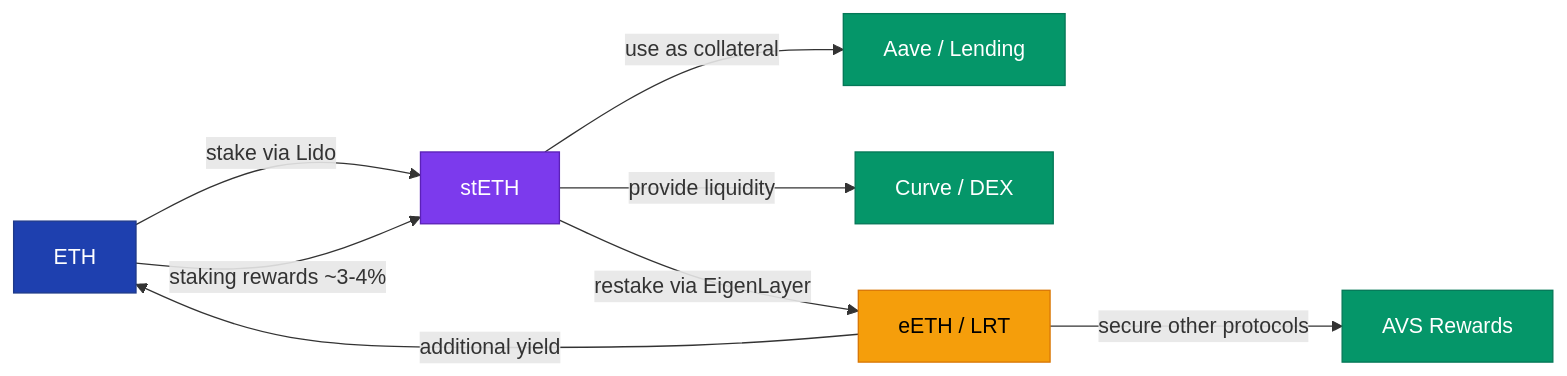
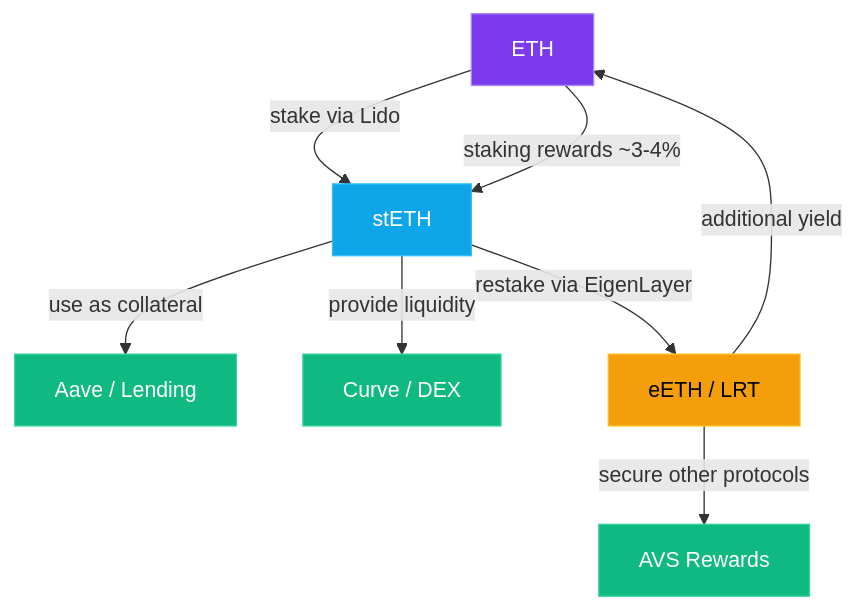
The diagram in content/blog/crypto-unlocked-10-advanced-defi.mdx (jestersimpps/cv), drawn with Mermaid before and after one commit. The commit also changed 12 other files, not shown here.

Commit message:
fix(blog): convert all mermaid diagrams to vertical (TD) for mobile readability, dark theme component

````diff
--- a/content/blog/crypto-unlocked-10-advanced-defi.mdx
+++ b/content/blog/crypto-unlocked-10-advanced-defi.mdx
@@ -81,17 +81,17 @@
 ```mermaid
-graph LR
+graph TD
     A[ETH] -->|stake via Lido| B[stETH]
     B -->|use as collateral| C[Aave / Lending]
     B -->|provide liquidity| D[Curve / DEX]
     B -->|restake via EigenLayer| E[eETH / LRT]
     E -->|secure other protocols| F[AVS Rewards]
     A -->|staking rewards ~3-4%| B
     E -->|additional yield| A
 
-    style A fill:#1e40af,stroke:#1e3a8a,color:#fff
-    style B fill:#7c3aed,stroke:#5b21b6,color:#fff
-    style C fill:#059669,stroke:#047857,color:#fff
-    style D fill:#059669,stroke:#047857,color:#fff
-    style E fill:#f59e0b,stroke:#d97706,color:#000
-    style F fill:#059669,stroke:#047857,color:#fff
+    style A fill:#7c3aed,stroke:#a78bfa,color:#fff
+    style B fill:#0ea5e9,stroke:#38bdf8,color:#fff
+    style C fill:#10b981,stroke:#34d399,color:#fff
+    style D fill:#10b981,stroke:#34d399,color:#fff
+    style E fill:#f59e0b,stroke:#fbbf24,color:#000
+    style F fill:#10b981,stroke:#34d399,color:#fff
 ```
````
